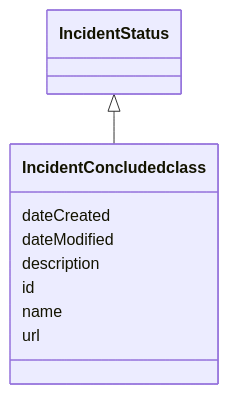
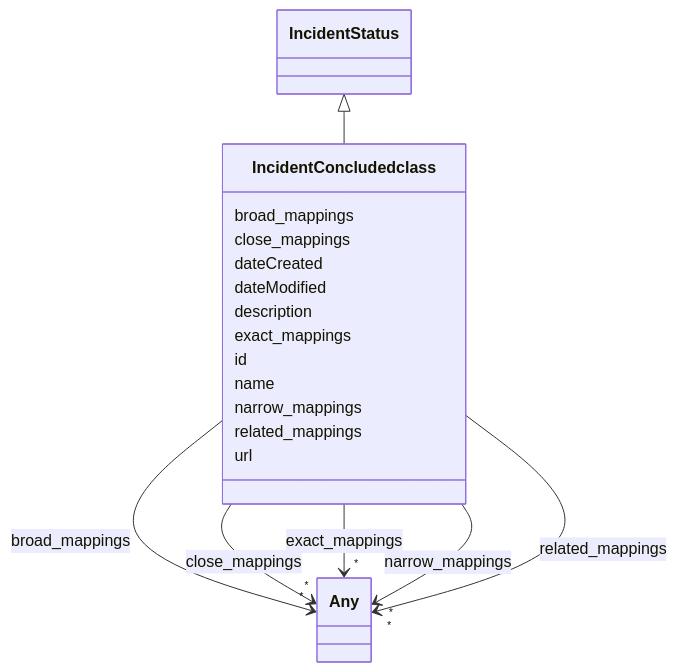
The diagram in docs/ontology/IncidentConcludedclass.md (ingelise/risk-atlas-nexus), drawn with Mermaid before and after one commit. The commit also changed other lines of this file and 180 other files, not shown here.

````diff
--- a/docs/ontology/IncidentConcludedclass.md
+++ b/docs/ontology/IncidentConcludedclass.md
@@ -13,21 +13,76 @@
 ```mermaid
  classDiagram
     class IncidentConcludedclass
     click IncidentConcludedclass href "../IncidentConcludedclass/"
       IncidentStatus <|-- IncidentConcludedclass
         click IncidentStatus href "../IncidentStatus/"
 
+      IncidentConcludedclass : broad_mappings
+
+
+
+
+
+        IncidentConcludedclass --> "*" Any : broad_mappings
+        click Any href "../Any/"
+
+
+
+      IncidentConcludedclass : close_mappings
+
+
+
+
+
+        IncidentConcludedclass --> "*" Any : close_mappings
+        click Any href "../Any/"
+
+
+
       IncidentConcludedclass : dateCreated
 
       IncidentConcludedclass : dateModified
 
       IncidentConcludedclass : description
 
+      IncidentConcludedclass : exact_mappings
+
+
+
+
+
+        IncidentConcludedclass --> "*" Any : exact_mappings
+        click Any href "../Any/"
+
+
+
       IncidentConcludedclass : id
 
       IncidentConcludedclass : name
+
+      IncidentConcludedclass : narrow_mappings
+
+
+
+
+
+        IncidentConcludedclass --> "*" Any : narrow_mappings
+        click Any href "../Any/"
+
+
+
+      IncidentConcludedclass : related_mappings
+
+
+
+
+
+        IncidentConcludedclass --> "*" Any : related_mappings
+        click Any href "../Any/"
+
+
 
       IncidentConcludedclass : url
 
 
 ```
````
